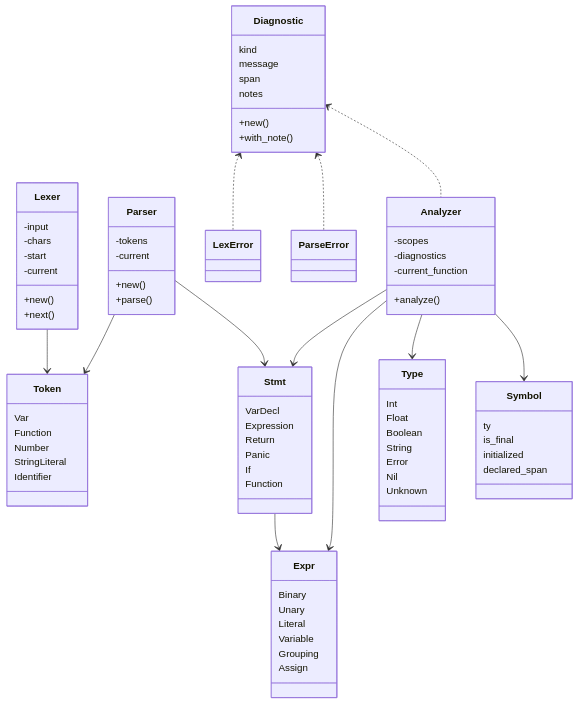
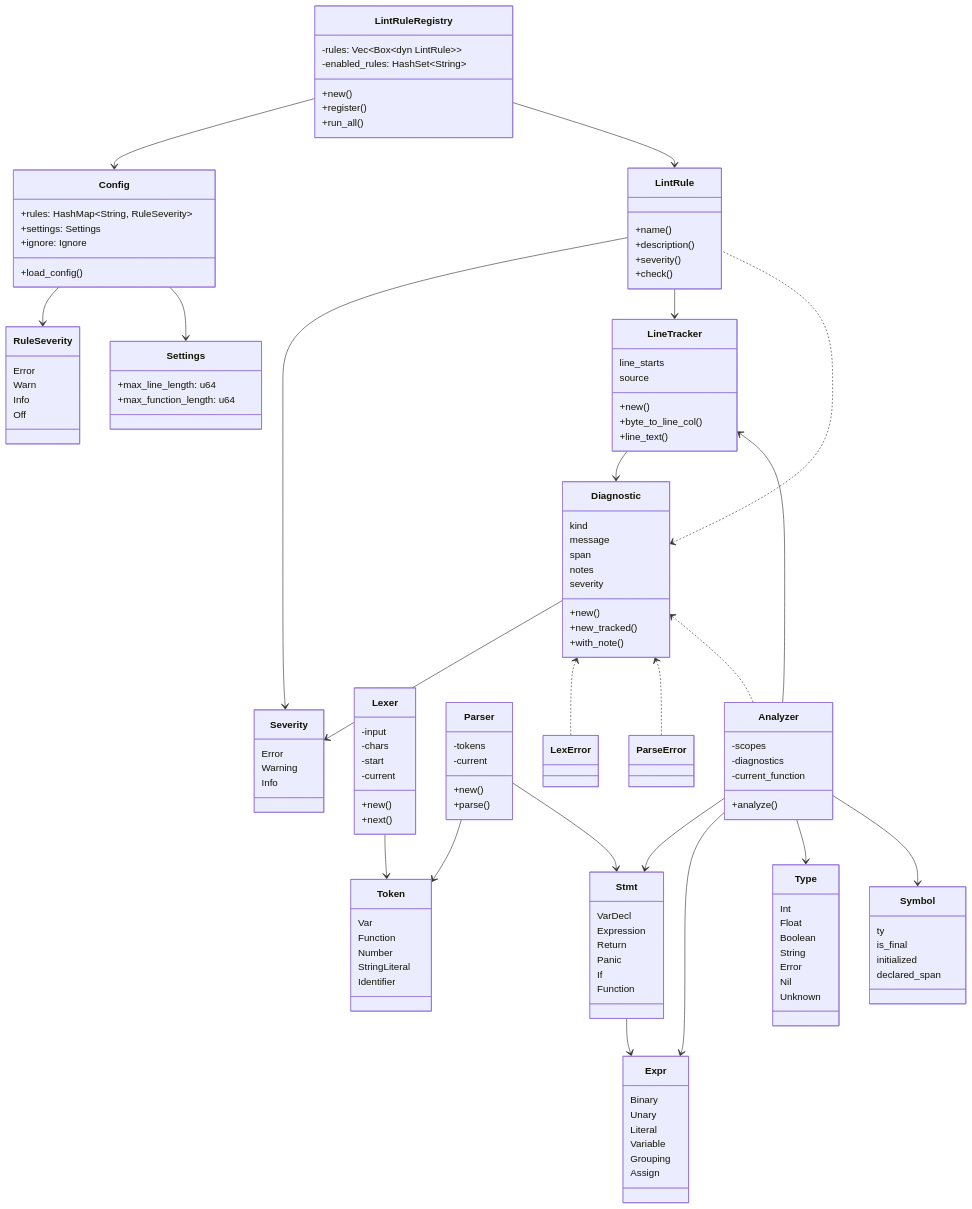
One commit to RuztyCrabs/Blazelint changed the third of 7 diagrams in docs/pipeline_overview.md. Above: the diagram before and after it, drawn with Mermaid. The commit also changed other lines of this file and 13 other files, not shown here.

````diff
--- a/docs/pipeline_overview.md
+++ b/docs/pipeline_overview.md
@@ -77,6 +120,46 @@
 ```mermaid
 classDiagram
     direction TB
+
+    class Config {
+        +load_config()
+        +rules: HashMap~String, RuleSeverity~
+        +settings: Settings
+        +ignore: Ignore
+    }
+
+    class RuleSeverity {
+        Error
+        Warn
+        Info
+        Off
+    }
+
+    class Settings {
+        +max_line_length: u64
+        +max_function_length: u64
+    }
+
+    class LintRuleRegistry {
+        +new()
+        +register()
+        +run_all()
+        -rules: Vec~Box~dyn LintRule~~
+        -enabled_rules: HashSet~String~
+    }
+
+    class LintRule {
+        +name()
+        +description()  
+        +severity()
+        +check()
+    }
+
+    class Severity {
+        Error
+        Warning  
+        Info
+    }
 
     class Lexer {
         +new()
@@ -144,15 +227,30 @@
         Assign
     }
 
+    class LineTracker {
+        +new()
+        +byte_to_line_col()
+        +line_text()
+        line_starts
+        source
+    }
+
     class Diagnostic {
         +new()
+        +new_tracked()
         +with_note()
         kind
         message
         span
         notes
+        severity
     }
 
+    Config --> RuleSeverity
+    Config --> Settings
+    LintRuleRegistry --> Config
+    LintRuleRegistry --> LintRule
+    LintRule --> Severity
     Lexer --> Token
     Parser --> Token
     Parser --> Stmt
@@ -161,7 +259,12 @@
     Analyzer --> Expr
     Analyzer --> Type
     Analyzer --> Symbol
+    Diagnostic --> Severity
+    LineTracker --> Diagnostic
     Diagnostic <.. LexError
     Diagnostic <.. ParseError
     Diagnostic <.. Analyzer
+    Diagnostic <.. LintRule
+    Analyzer --> LineTracker
+    LintRule --> LineTracker
 ```
````
